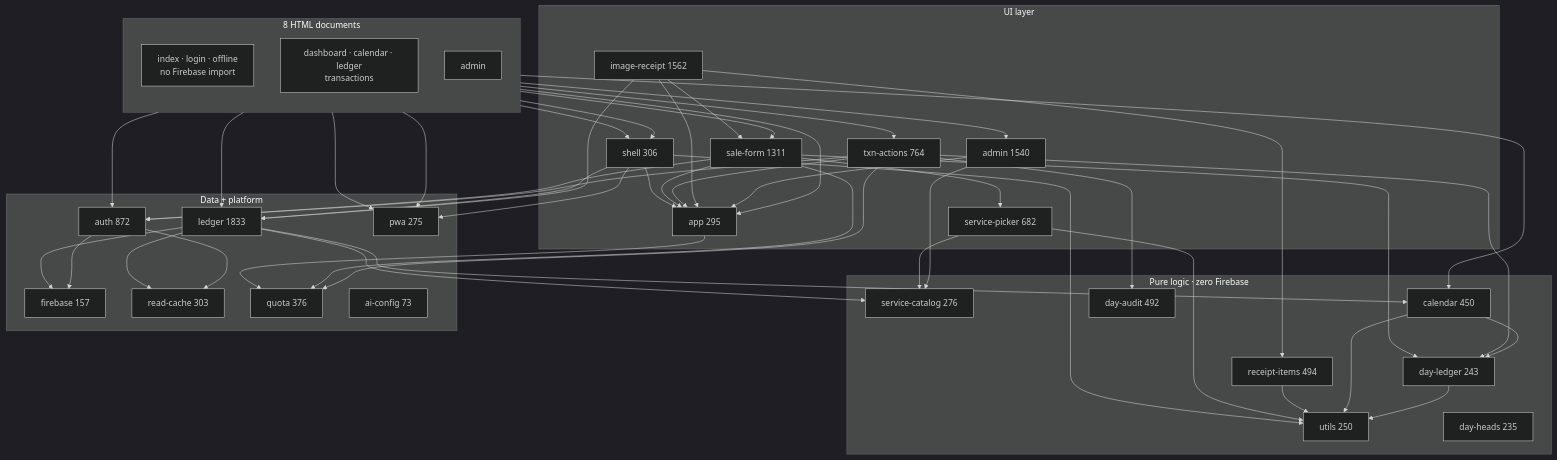
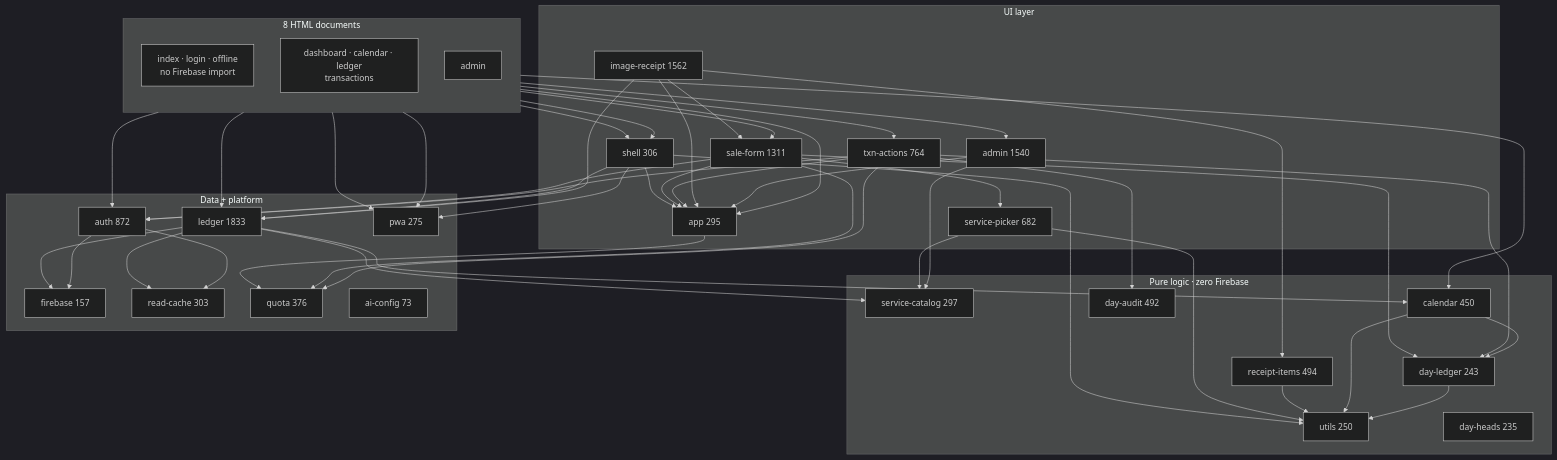
Before and after one commit to arshinmrelju/leadger: the diagram in docs/ARCHITECTURE.md, drawn with Mermaid (dark theme). The commit also changed 4 other files, not shown here.

```diff
--- a/docs/ARCHITECTURE.md
+++ b/docs/ARCHITECTURE.md
@@ -23,7 +23,7 @@
 
     subgraph PURE["Pure logic · zero Firebase"]
         UTIL["utils 250"]
-        CAT["service-catalog 276"]
+        CAT["service-catalog 297"]
         DH["day-heads 235"]
         DL["day-ledger 243"]
         CAL["calendar 450"]
```
